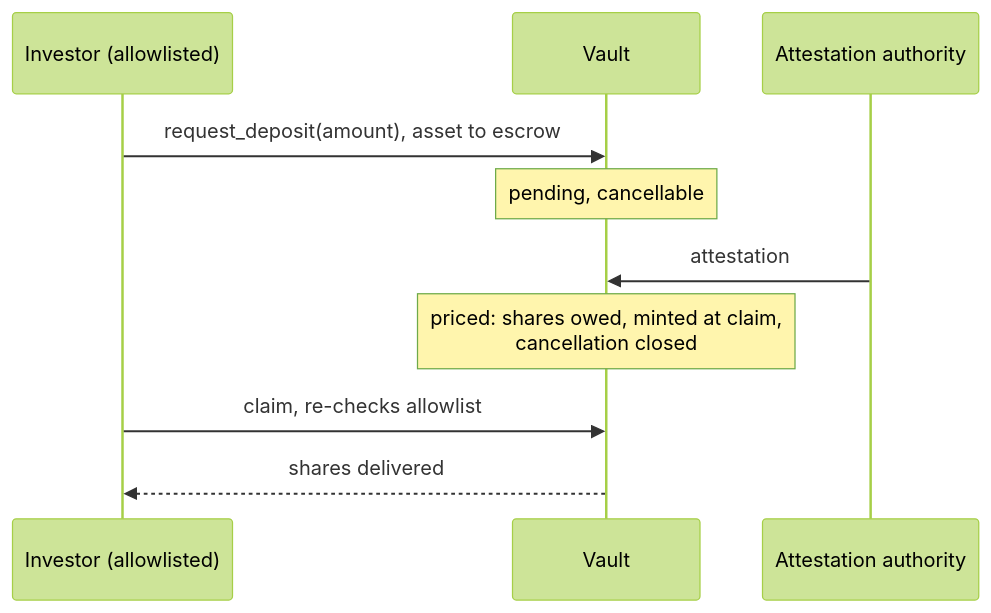
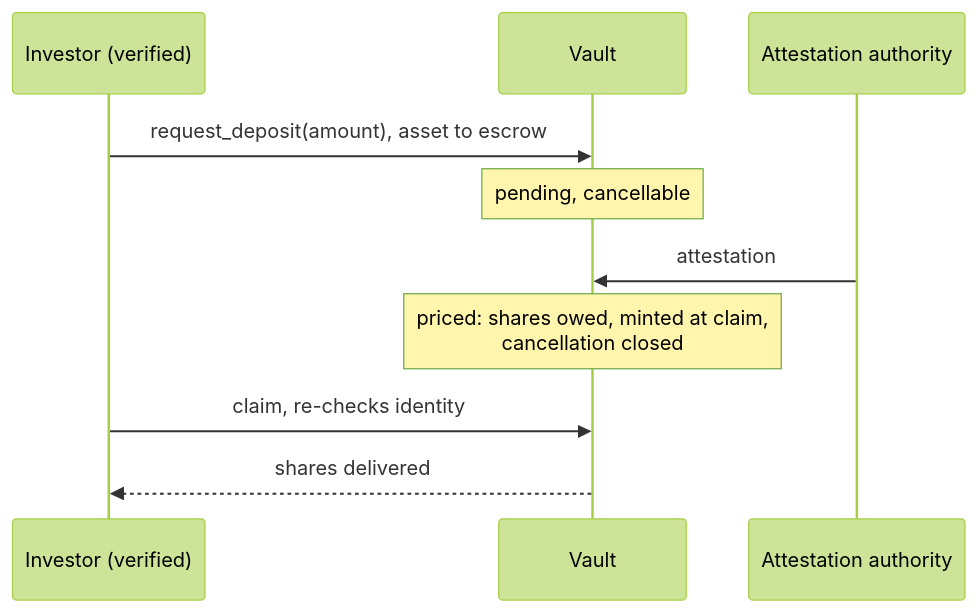
The third of 5 diagrams in docs/strata-product-and-architecture.md (BootNodeDev/strata-vault-kit), drawn with Mermaid (forest theme) before and after one commit. The commit also changed other lines of this file, not shown here.

Commit message:
docs: describe the identity stack in the design

````diff
--- a/docs/strata-product-and-architecture.md
+++ b/docs/strata-product-and-architecture.md
@@ -369,12 +388,12 @@
 ```mermaid
 sequenceDiagram
-    participant I as Investor (allowlisted)
+    participant I as Investor (verified)
     participant V as Vault
     participant O as Attestation authority
     I->>V: request_deposit(amount), asset to escrow
     Note over V: pending, cancellable
     O->>V: attestation
     Note over V: priced: shares owed, minted at claim,<br/>cancellation closed
-    I->>V: claim, re-checks allowlist
+    I->>V: claim, re-checks identity
     V-->>I: shares delivered
 ```
````
